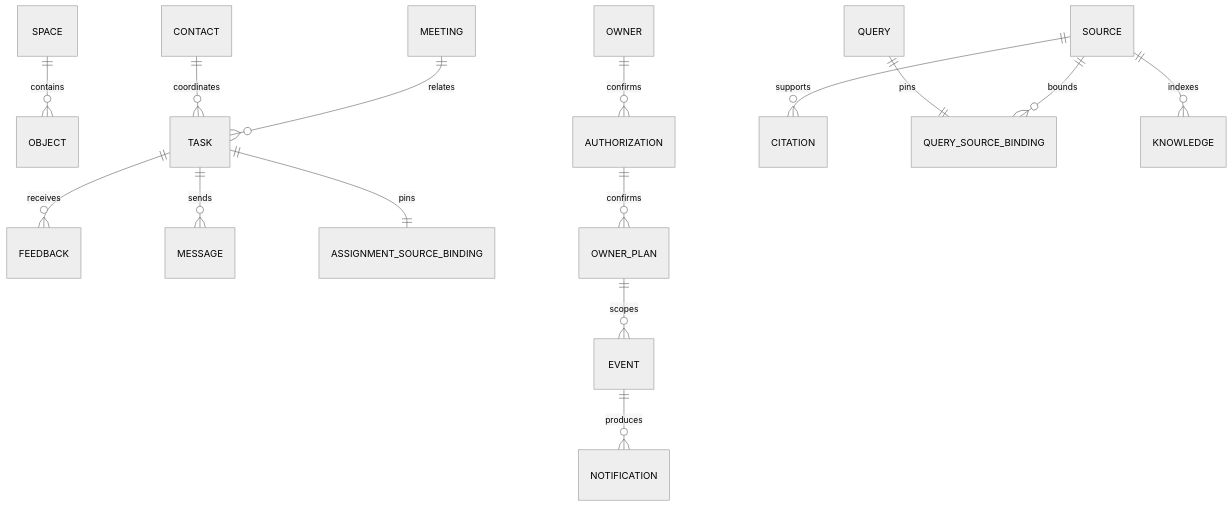
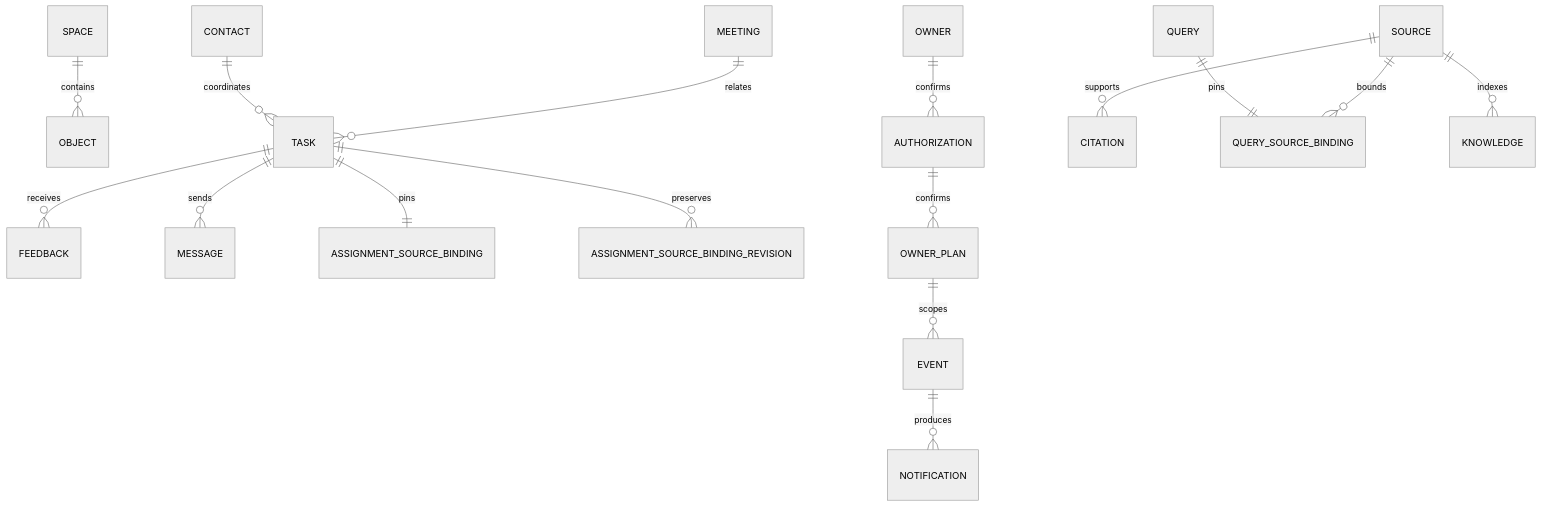
Before and after one commit to LIUgongxi2046/Boss-Agent: the first of 2 diagrams in docs/LLD-data.md, drawn with Mermaid (neutral theme). The commit also changed other lines of this file and 17 other files, not shown here.

````diff
--- a/docs/LLD-data.md
+++ b/docs/LLD-data.md
@@ -21,17 +21,18 @@
 ```mermaid
 erDiagram
   SPACE ||--o{ OBJECT : contains
   OWNER ||--o{ AUTHORIZATION : confirms
   CONTACT ||--o{ TASK : coordinates
   MEETING ||--o{ TASK : relates
   TASK ||--o{ FEEDBACK : receives
   TASK ||--o{ MESSAGE : sends
   TASK ||--|| ASSIGNMENT_SOURCE_BINDING : pins
+  TASK ||--o{ ASSIGNMENT_SOURCE_BINDING_REVISION : preserves
   SOURCE ||--o{ CITATION : supports
   QUERY ||--|| QUERY_SOURCE_BINDING : pins
   SOURCE ||--o{ QUERY_SOURCE_BINDING : bounds
   SOURCE ||--o{ KNOWLEDGE : indexes
   OWNER_PLAN ||--o{ EVENT : scopes
   EVENT ||--o{ NOTIFICATION : produces
   AUTHORIZATION ||--o{ OWNER_PLAN : confirms
 ```
````
